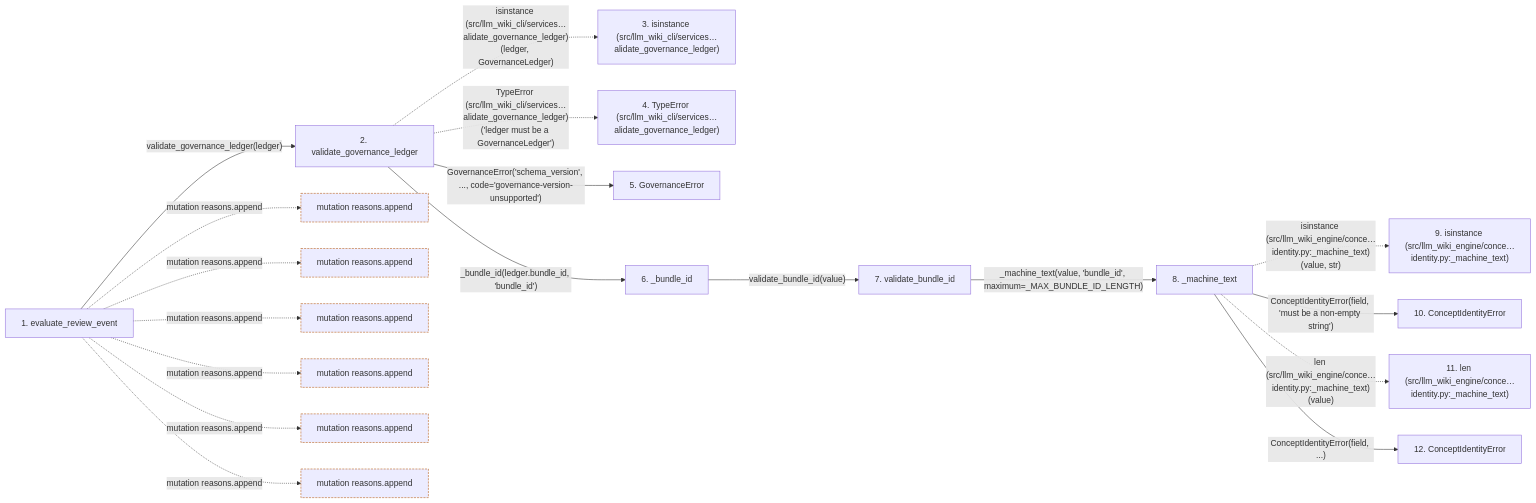
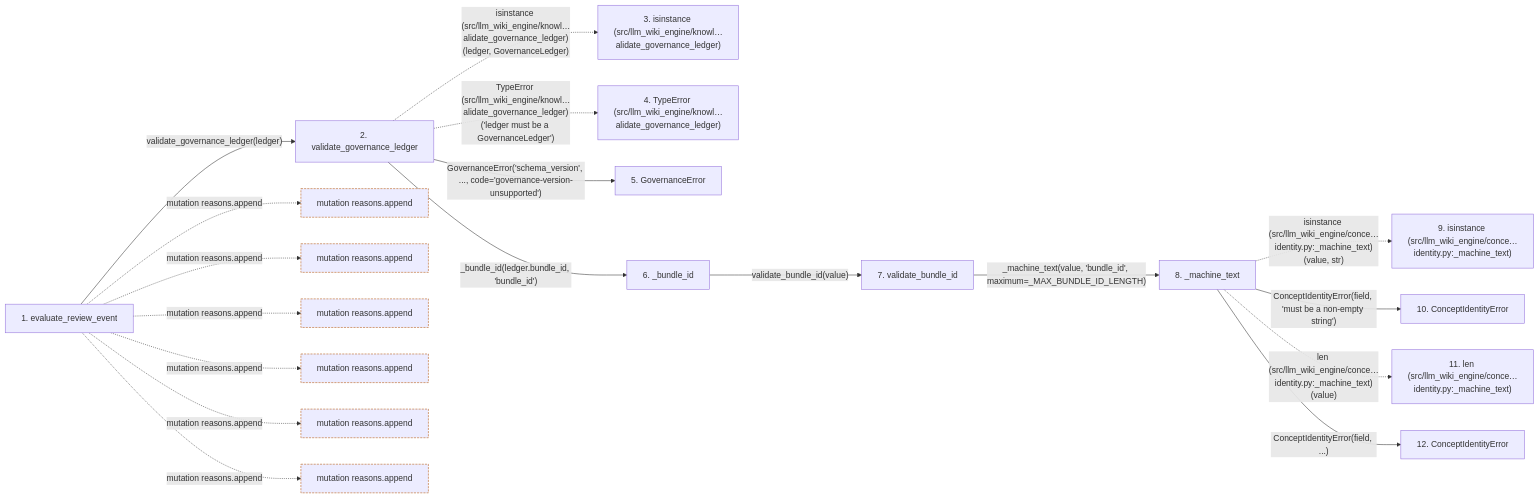
One commit to Denissvgn/python-wiki-llm changed the second of 2 diagrams in docs/llm_wiki/flows/api-evaluate_review_event.md. Above: the diagram before and after it, drawn with Mermaid. The commit also changed other lines of this file and 1058 other files, not shown here.

````diff
--- a/docs/llm_wiki/flows/api-evaluate_review_event.md
+++ b/docs/llm_wiki/flows/api-evaluate_review_event.md
@@ -140,53 +140,53 @@
 ```mermaid
 flowchart LR
     s1["1. evaluate_review_event"]
     s2["2. validate_governance_ledger"]
-    s3["3. isinstance (src/llm_wiki_cli/services…alidate_governance_ledger)"]
-    s4["4. TypeError (src/llm_wiki_cli/services…alidate_governance_ledger)"]
+    s3["3. isinstance (src/llm_wiki_engine/knowl…alidate_governance_ledger)"]
+    s4["4. TypeError (src/llm_wiki_engine/knowl…alidate_governance_ledger)"]
     s5["5. GovernanceError"]
     s6["6. _bundle_id"]
     s7["7. validate_bundle_id"]
     s8["8. _machine_text"]
     s9["9. isinstance (src/llm_wiki_engine/conce…identity.py:_machine_text)"]
     s10["10. ConceptIdentityError"]
     s11["11. len (src/llm_wiki_engine/conce…identity.py:_machine_text)"]
     s12["12. ConceptIdentityError"]
     s1 -->|"validate_governance_ledger(ledger)"| s2
-    s2 -. "isinstance (src/llm_wiki_cli/services…alidate_governance_ledger)(ledger, GovernanceLedger)" .-> s3
-    s2 -. "TypeError (src/llm_wiki_cli/services…alidate_governance_ledger)('ledger must be a GovernanceLedger')" .-> s4
+    s2 -. "isinstance (src/llm_wiki_engine/knowl…alidate_governance_ledger)(ledger, GovernanceLedger)" .-> s3
+    s2 -. "TypeError (src/llm_wiki_engine/knowl…alidate_governance_ledger)('ledger must be a GovernanceLedger')" .-> s4
     s2 -->|"GovernanceError('schema_version', ..., code='governance-version-unsupported')"| s5
     s2 -->|"_bundle_id(ledger.bundle_id, 'bundle_id')"| s6
     s6 -->|"validate_bundle_id(value)"| s7
     s7 -->|"_machine_text(value, 'bundle_id', maximum=_MAX_BUNDLE_ID_LENGTH)"| s8
     s8 -. "isinstance (src/llm_wiki_engine/conce…identity.py:_machine_text)(value, str)" .-> s9
     s8 -->|"ConceptIdentityError(field, 'must be a non-empty string')"| s10
     s8 -. "len (src/llm_wiki_engine/conce…identity.py:_machine_text)(value)" .-> s11
     s8 -->|"ConceptIdentityError(field, ...)"| s12
     b0["mutation reasons.append"]
     s1 -. "mutation reasons.append" .-> b0
     b1["mutation reasons.append"]
     s1 -. "mutation reasons.append" .-> b1
     b2["mutation reasons.append"]
     s1 -. "mutation reasons.append" .-> b2
     b3["mutation reasons.append"]
     s1 -. "mutation reasons.append" .-> b3
     b4["mutation reasons.append"]
     s1 -. "mutation reasons.append" .-> b4
     b5["mutation reasons.append"]
     s1 -. "mutation reasons.append" .-> b5
     click s1 "../modules/knowledge_governance.md"
     click s2 "../modules/knowledge_governance.md"
     click s5 "../modules/knowledge_governance.md"
     click s6 "../modules/knowledge_governance.md"
     click s7 "../modules/concept_identity.md"
     click s8 "../modules/concept_identity.md"
     click s10 "../modules/concept_identity.md"
     click s12 "../modules/concept_identity.md"
     classDef boundary stroke:#b45309,stroke-dasharray: 4 2
     class b0 boundary
     class b1 boundary
     class b2 boundary
     class b3 boundary
     class b4 boundary
     class b5 boundary
 ```
````
